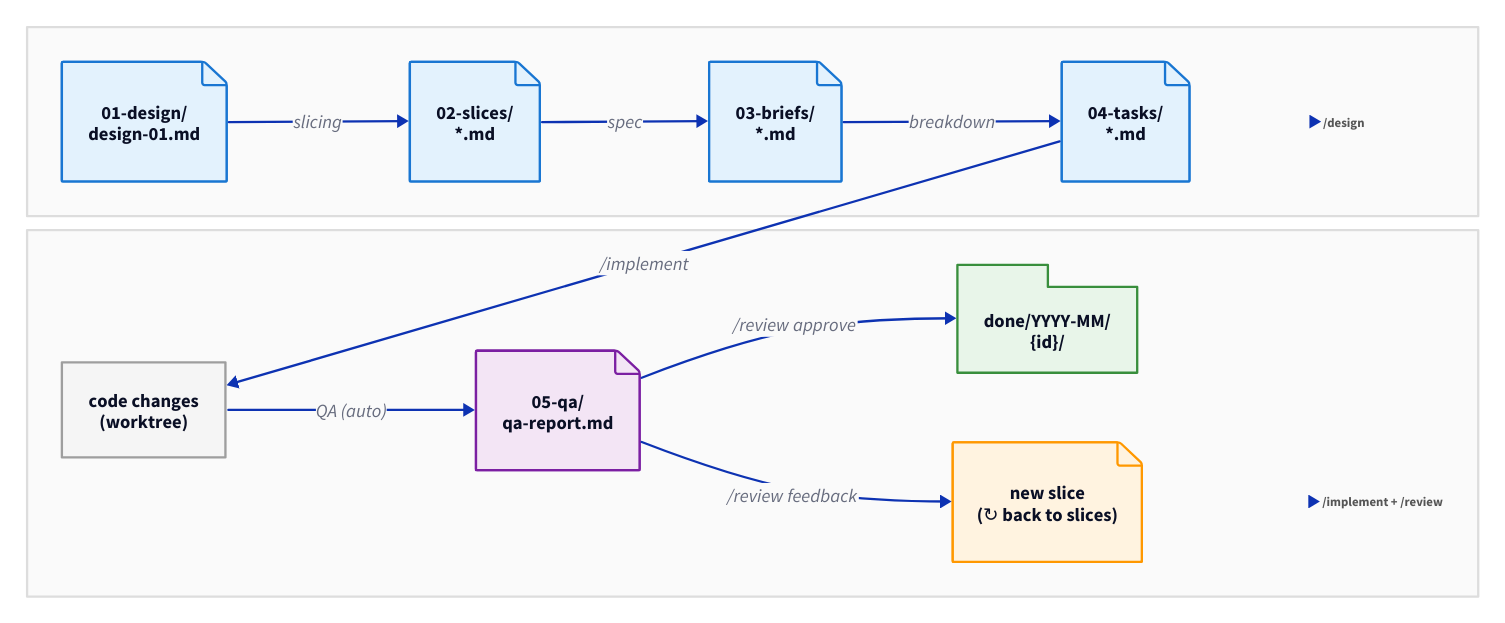
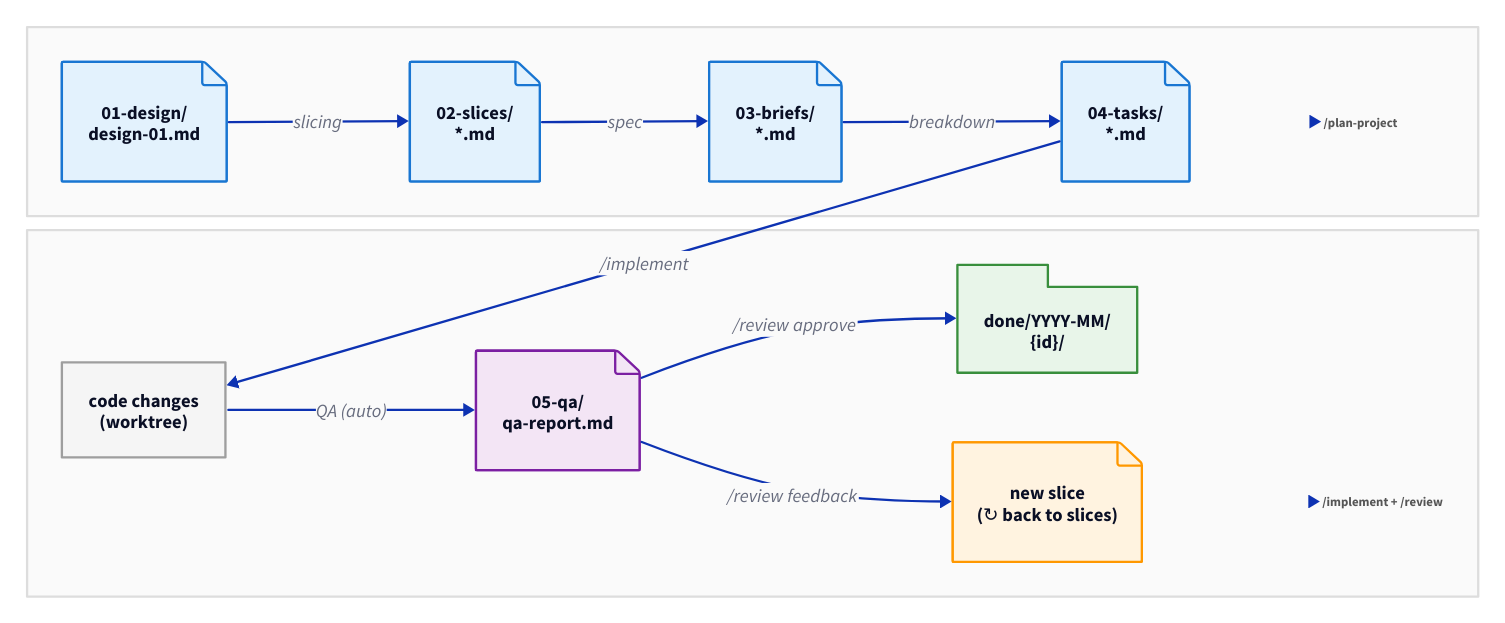
Before and after one commit to bcokert/command-init-orchestrator: the diagram in docs/diagrams/artifacts.d2, drawn with D2. The commit also changed 20 other files, not shown here.

```diff
--- a/docs/diagrams/artifacts.d2
+++ b/docs/diagrams/artifacts.d2
@@ -1,102 +1,102 @@
 vars: {
   d2-config: {
     layout-engine: dagre
   }
   colors: {
     design: "#e3f2fd"
     design-border: "#1976D2"
     impl: "#f5f5f5"
     impl-border: "#9e9e9e"
     qa: "#f3e5f5"
     qa-border: "#7B1FA2"
     archive: "#e8f5e9"
     archive-border: "#388E3C"
     feedback: "#fff3e0"
     feedback-border: "#FF9800"
     lc: "#555555"
   }
 }
 
 grid: "" {
   grid-rows: 2
   grid-gap: 12
   style.stroke: transparent
   style.fill: transparent
 
   row1: "" {
     direction: right
     style.fill: "#fafafa"
     style.stroke: "#dddddd"
 
     d_doc: "01-design/\ndesign-01.md" {
       shape: page
       style.fill: ${colors.design}
       style.stroke: ${colors.design-border}
     }
     slices: "02-slices/\n*.md" {
       shape: page
       style.fill: ${colors.design}
       style.stroke: ${colors.design-border}
     }
     brief: "03-briefs/\n*.md" {
       shape: page
       style.fill: ${colors.design}
       style.stroke: ${colors.design-border}
     }
     tasks: "04-tasks/\n*.md" {
       shape: page
       style.fill: ${colors.design}
       style.stroke: ${colors.design-border}
     }
-    _lbl: /design {
+    _lbl: /plan-project {
       shape: text
       style.font-size: 11
       style.bold: true
       style.font-color: ${colors.lc}
     }
 
     d_doc -> slices: slicing
     slices -> brief: spec
     brief -> tasks: breakdown
     tasks -> _lbl { style.stroke-width: 0 }
   }
 
   row2: "" {
     direction: right
     style.fill: "#fafafa"
     style.stroke: "#dddddd"
 
     code: "code changes\n(worktree)" {
       style.fill: ${colors.impl}
       style.stroke: ${colors.impl-border}
     }
     qa_report: "05-qa/\nqa-report.md" {
       shape: page
       style.fill: ${colors.qa}
       style.stroke: ${colors.qa-border}
     }
     archive: "done/YYYY-MM/\n{id}/" {
       shape: package
       style.fill: ${colors.archive}
       style.stroke: ${colors.archive-border}
     }
     new_slice: "new slice\n(↻ back to slices)" {
       shape: page
       style.fill: ${colors.feedback}
       style.stroke: ${colors.feedback-border}
     }
     _lbl: /implement + /review {
       shape: text
       style.font-size: 11
       style.bold: true
       style.font-color: ${colors.lc}
     }
 
     code -> qa_report: QA (auto)
     qa_report -> archive: /review approve
     qa_report -> new_slice: /review feedback
     new_slice -> _lbl { style.stroke-width: 0 }
   }
 }
 
 grid.row1.tasks -> grid.row2.code: /implement
```
